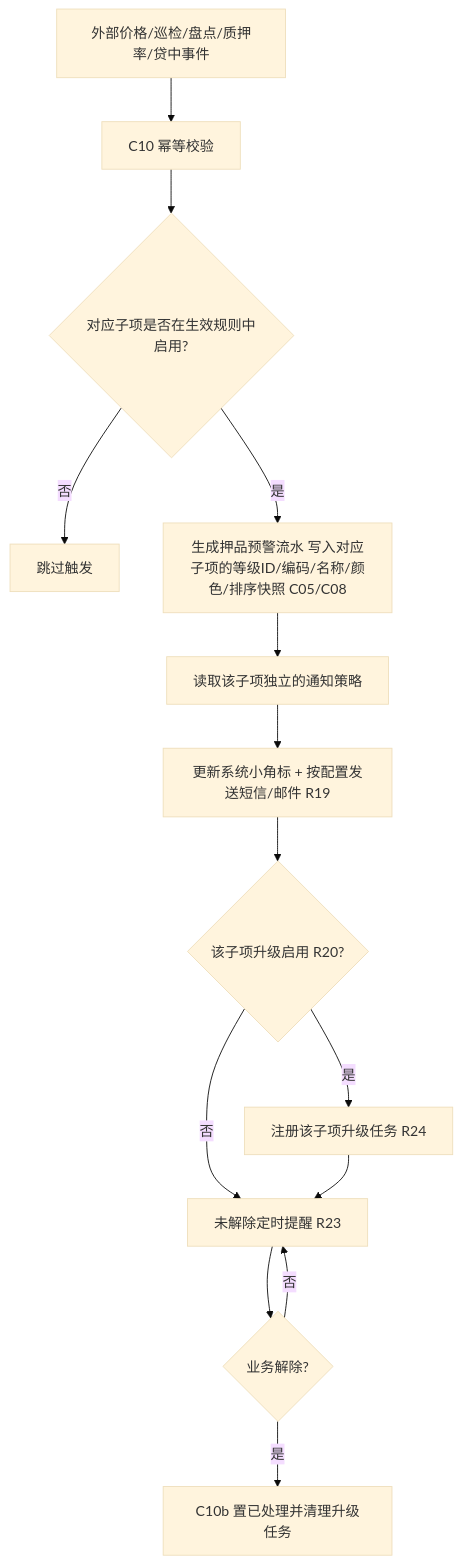
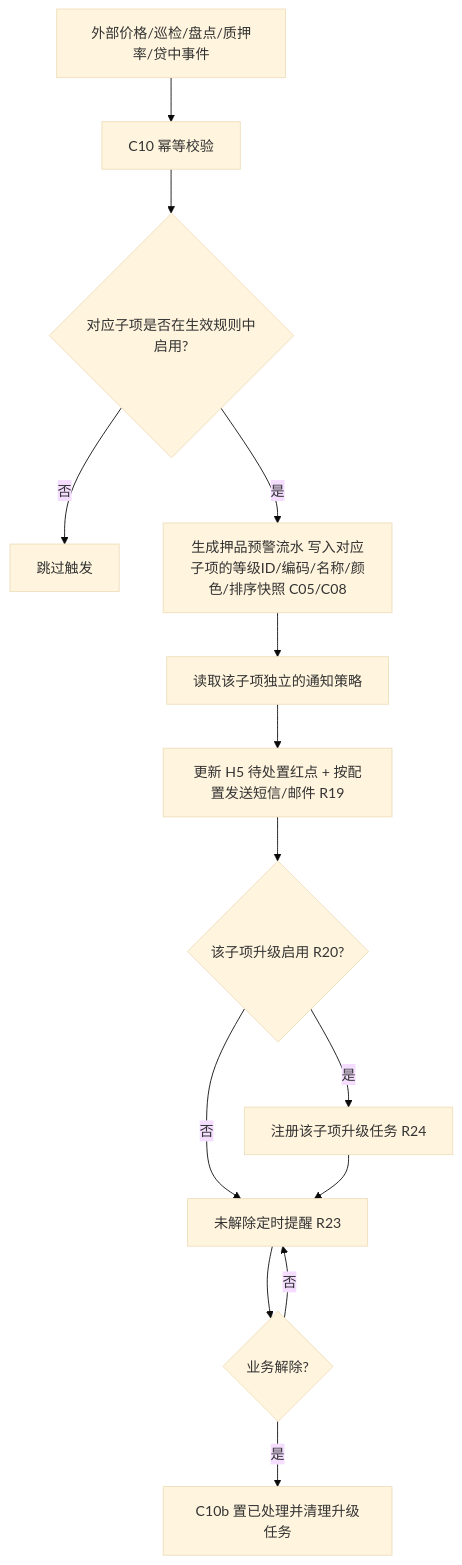
One commit to RobertHuang999/SYZC changed the third of 3 diagrams in 02-PRD文档/B-迭代需求/6.2版本（2026.08）/03-预警配置/03订单预警配置/订单预警配置业务规则规格.md. Above: the diagram before and after it, drawn with Mermaid (base theme). The commit also changed other lines of this file and 24 other files, not shown here.

````diff
--- a/02-PRD文档/B-迭代需求/6.2版本（2026.08）/03-预警配置/03订单预警配置/订单预警配置业务规则规格.md
+++ b/02-PRD文档/B-迭代需求/6.2版本（2026.08）/03-预警配置/03订单预警配置/订单预警配置业务规则规格.md
@@ -357,16 +357,16 @@
 ```mermaid
 flowchart TD
     A[外部价格/巡检/盘点/质押率/贷中事件] --> B[C10 幂等校验]
     B --> C{对应子项是否在生效规则中启用?}
     C -- 否 --> C1[跳过触发]
     C -- 是 --> D[生成押品预警流水 写入对应子项的等级ID/编码/名称/颜色/排序快照 C05/C08]
     D --> E[读取该子项独立的通知策略]
-    E --> F[更新系统小角标 + 按配置发送短信/邮件 R19]
+    E --> F[更新 H5 待处置红点 + 按配置发送短信/邮件 R19]
     F --> G{该子项升级启用 R20?}
     G -- 是 --> H[注册该子项升级任务 R24]
     G -- 否 --> I[未解除定时提醒 R23]
     H --> I
     I --> J{业务解除?}
     J -- 是 --> K[C10b 置已处理并清理升级任务]
     J -- 否 --> I
 ```
````
